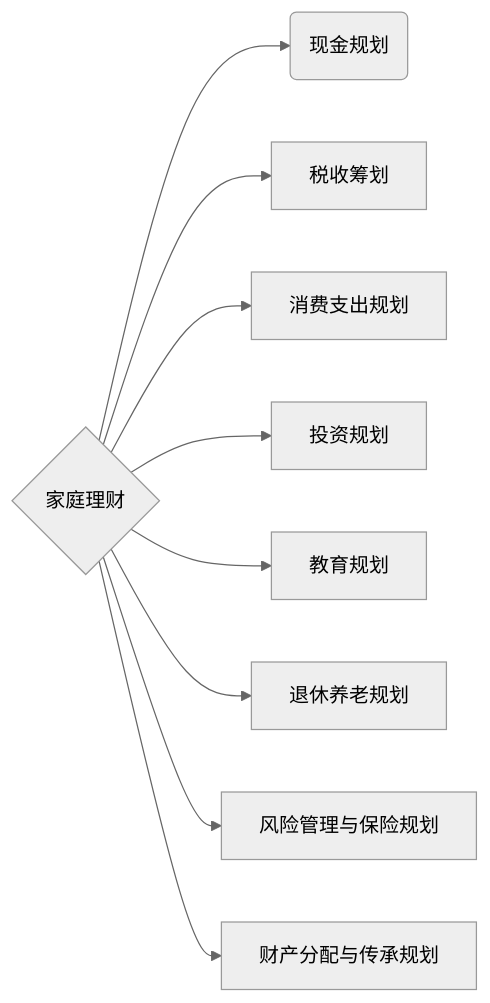
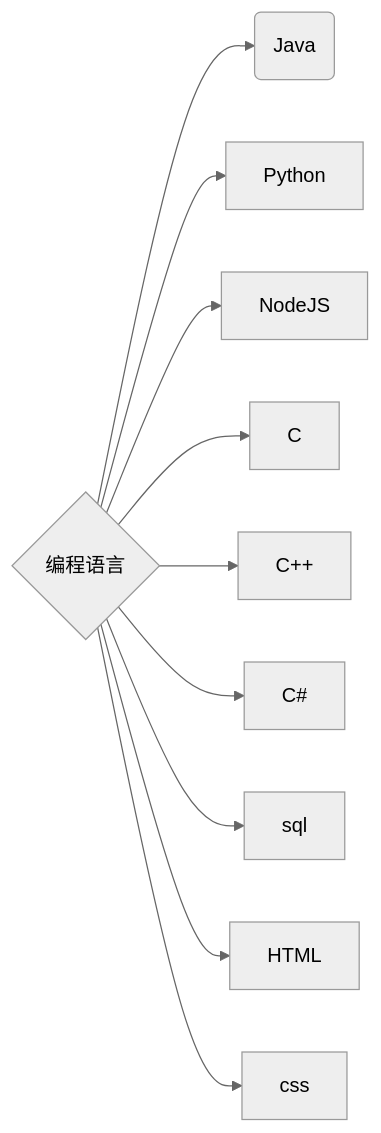
One commit to fanspaceshow/fanspaceshow.github.io changed diagram 13 of 13 in 2019/mermaid02.md. Above: the diagram before and after it, drawn with Mermaid (neutral theme). The commit also changed other lines of this file, not shown here.

Commit message:
脑图
脑图

```diff
--- a/2019/mermaid02.md
+++ b/2019/mermaid02.md
@@ -107,11 +108,12 @@
 <div class="mermaid">
 graph LR
-      A{家庭理财}-->B(现金规划)
-      A-->C[税收筹划]
-      A-->D[消费支出规划]
-      A-->E[投资规划]
-      A-->F[教育规划]
-      A-->G[退休养老规划]
-      A-->H[风险管理与保险规划]
-      A-->I[财产分配与传承规划]
+      A{编程语言}-->B(Java)
+      A-->C[Python]
+      A-->D[NodeJS]
+      A-->E[C]
+      A-->F[C++]
+      A-->G[C#]
+      A-->H[sql]
+      A-->I[HTML]
+      A-->J[css]
 </div>
```
